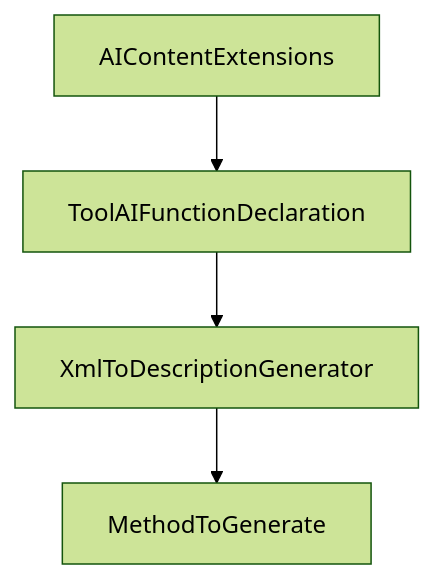
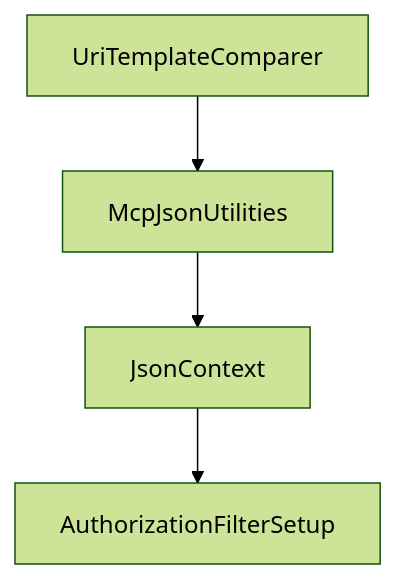
One commit to johnxie/awesome-code-docs changed the diagram in tutorials/mcp-csharp-sdk-tutorial/02-client-server-hosting-and-stdio-basics.md. Above: the diagram before and after it, drawn with Mermaid (forest theme). The commit also changed other lines of this file and 1232 other files, not shown here.

````diff
--- a/tutorials/mcp-csharp-sdk-tutorial/02-client-server-hosting-and-stdio-basics.md
+++ b/tutorials/mcp-csharp-sdk-tutorial/02-client-server-hosting-and-stdio-basics.md
@@ -212,10 +210,10 @@
 ```mermaid
 flowchart TD
-    A[AIContentExtensions]
-    B[ToolAIFunctionDeclaration]
-    C[XmlToDescriptionGenerator]
-    D[MethodToGenerate]
+    A[UriTemplateComparer]
+    B[McpJsonUtilities]
+    C[JsonContext]
+    D[AuthorizationFilterSetup]
     A --> B
     B --> C
     C --> D
 ```
````
